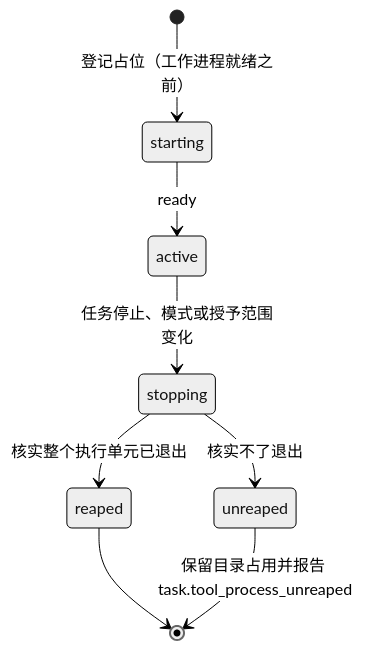
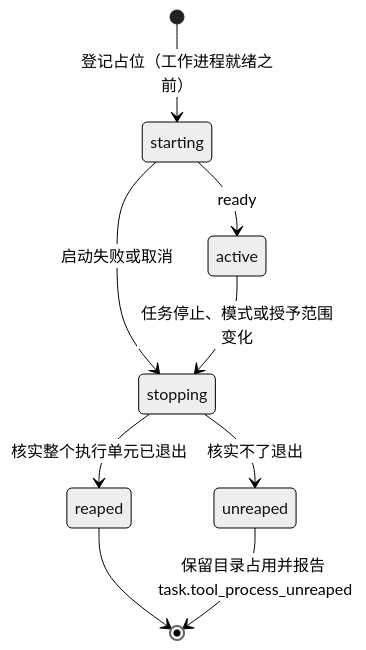
Before and after one commit to num-lab/Ruukoto: the first of 3 diagrams in docs/modules/execution.md, drawn with Mermaid (neutral theme). The commit also changed other lines of this file and 32 other files, not shown here.

````diff
--- a/docs/modules/execution.md
+++ b/docs/modules/execution.md
@@ -58,10 +58,11 @@
 ```mermaid
 stateDiagram-v2
   [*] --> starting: 登记占位（工作进程就绪之前）
   starting --> active: ready
+  starting --> stopping: 启动失败或取消
   active --> stopping: 任务停止、模式或授予范围变化
   stopping --> reaped: 核实整个执行单元已退出
   stopping --> unreaped: 核实不了退出
   reaped --> [*]
   unreaped --> [*]: 保留目录占用并报告 task.tool_process_unreaped
 ```
````
